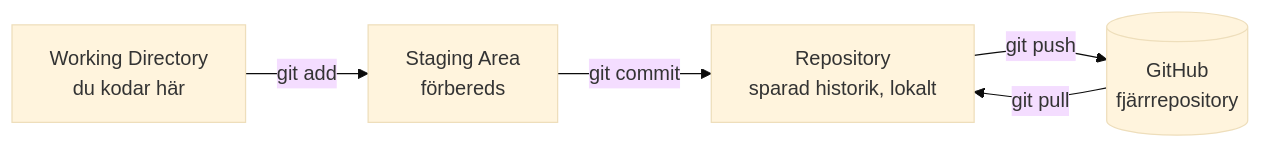
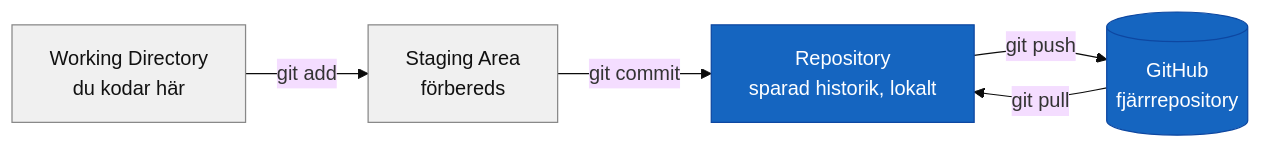
One commit to marcusjobb/YRGO-CLO26-HT26Kursmaterial changed the first of 7 diagrams in CLO26/kurs-01-grundlaggande-oop/01_verktyg_och_git/programmeringstermer/git.md. Above: the diagram before and after it, drawn with Mermaid (base theme). The commit also changed other lines of this file and 388 other files, not shown here.

````diff
--- a/CLO26/kurs-01-grundlaggande-oop/01_verktyg_och_git/programmeringstermer/git.md
+++ b/CLO26/kurs-01-grundlaggande-oop/01_verktyg_och_git/programmeringstermer/git.md
@@ -32,7 +32,11 @@
 ```mermaid
 flowchart LR
     A[Working Directory<br/>du kodar här] -->|git add| B[Staging Area<br/>förbereds]
     B -->|git commit| C[Repository<br/>sparad historik, lokalt]
     C -->|git push| D[(GitHub<br/>fjärrrepository)]
     D -->|git pull| C
+    style A fill:#f0f0f0,stroke:#888,color:#111
+    style B fill:#f0f0f0,stroke:#888,color:#111
+    style C fill:#1565c0,stroke:#0d47a1,color:#fff
+    style D fill:#1565c0,stroke:#0d47a1,color:#fff
 ```
````
